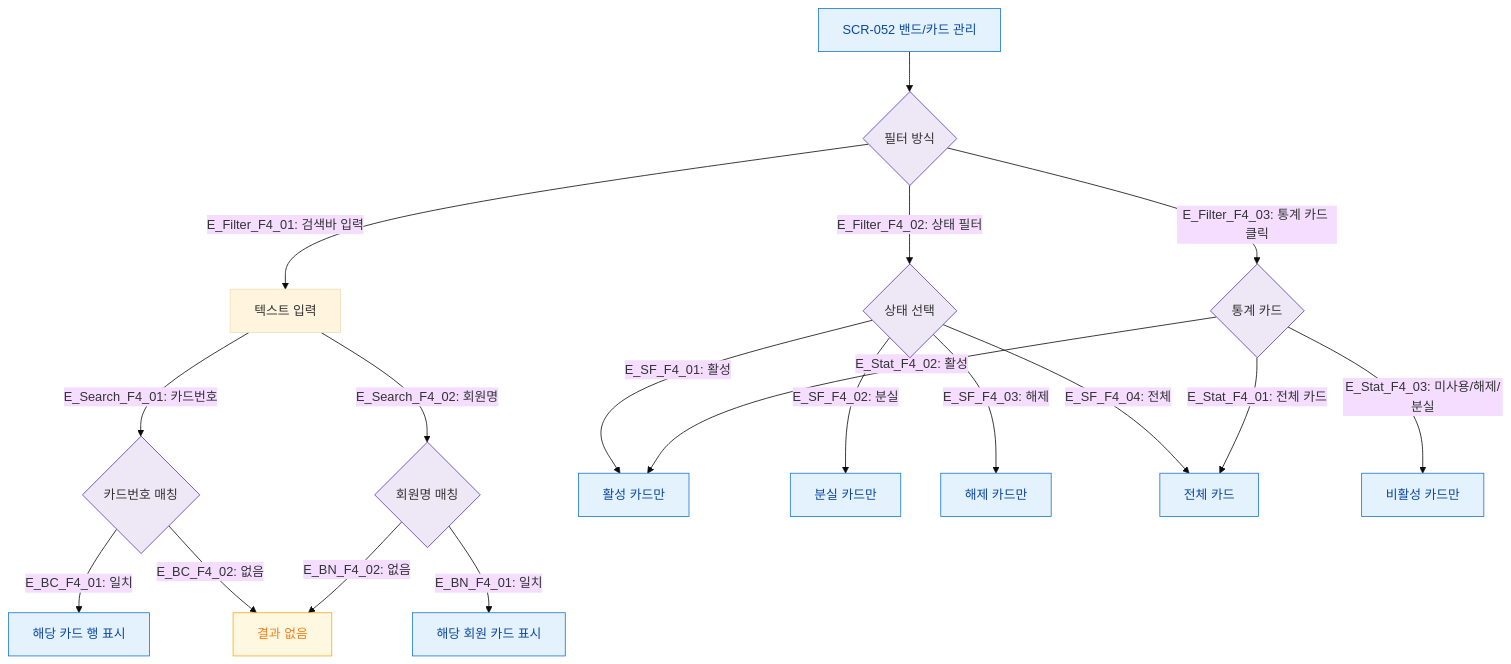
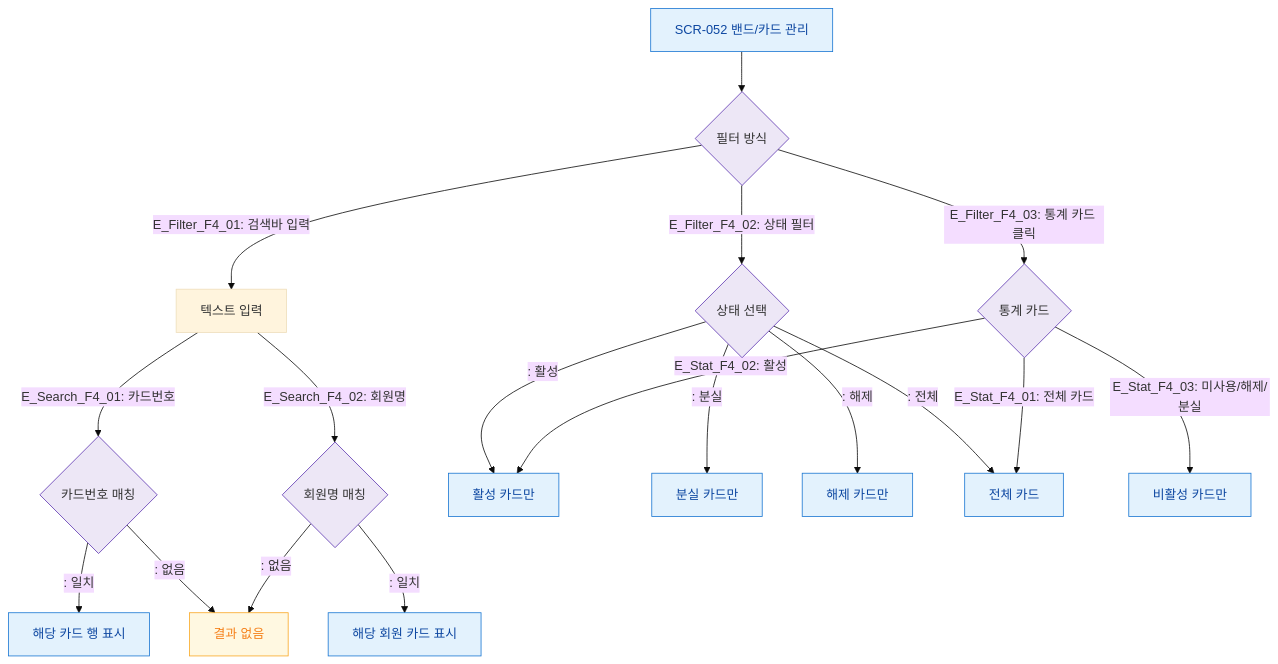
One commit to dev-spogym/admin-pando changed the diagram in docs/다이어그램/D06_시설관리/SCR-052_밴드카드관리/F4_필터검색.md. Above: the diagram before and after it, drawn with Mermaid (base theme). The commit also changed other lines of this file and 1660 other files, not shown here.

First line of the commit message:
다이어그램: 기획자/클라이언트 납품본으로 정리

````diff
--- a/docs/다이어그램/D06_시설관리/SCR-052_밴드카드관리/F4_필터검색.md
+++ b/docs/다이어그램/D06_시설관리/SCR-052_밴드카드관리/F4_필터검색.md
@@ -19,31 +17,31 @@
 ```mermaid
 flowchart TD
     SCR052[SCR-052 밴드/카드 관리] --> FilterEntry{필터 방식}
 
-    FilterEntry -->|"E_Filter_F4_01: 검색바 입력"| SearchInput[텍스트 입력]
-    SearchInput -->|"E_Search_F4_01: 카드번호"| ByCard{카드번호 매칭}
-    SearchInput -->|"E_Search_F4_02: 회원명"| ByName{회원명 매칭}
-    ByCard -->|"E_BC_F4_01: 일치"| ShowCard[해당 카드 행 표시]
-    ByCard -->|"E_BC_F4_02: 없음"| ShowEmpty[결과 없음]
-    ByName -->|"E_BN_F4_01: 일치"| ShowName[해당 회원 카드 표시]
-    ByName -->|"E_BN_F4_02: 없음"| ShowEmpty
+    FilterEntry -->|"E_Filter_F4_01: 검색바 입력"|SearchInput[텍스트 입력]
+    SearchInput -->|"E_Search_F4_01: 카드번호"|ByCard{카드번호 매칭}
+    SearchInput -->|"E_Search_F4_02: 회원명"|ByName{회원명 매칭}
+    ByCard -->|": 일치"|ShowCard[해당 카드 행 표시]
+    ByCard -->|": 없음"|ShowEmpty[결과 없음]
+    ByName -->|": 일치"|ShowName[해당 회원 카드 표시]
+    ByName -->|": 없음"|ShowEmpty
 
-    FilterEntry -->|"E_Filter_F4_02: 상태 필터"| StatusFilter{상태 선택}
-    StatusFilter -->|"E_SF_F4_01: 활성"| ShowActive[활성 카드만]
-    StatusFilter -->|"E_SF_F4_02: 분실"| ShowLost[분실 카드만]
-    StatusFilter -->|"E_SF_F4_03: 해제"| ShowRevoked[해제 카드만]
-    StatusFilter -->|"E_SF_F4_04: 전체"| ShowAll[전체 카드]
+    FilterEntry -->|"E_Filter_F4_02: 상태 필터"|StatusFilter{상태 선택}
+    StatusFilter -->|": 활성"|ShowActive[활성 카드만]
+    StatusFilter -->|": 분실"|ShowLost[분실 카드만]
+    StatusFilter -->|": 해제"|ShowRevoked[해제 카드만]
+    StatusFilter -->|": 전체"|ShowAll[전체 카드]
 
-    FilterEntry -->|"E_Filter_F4_03: 통계 카드 클릭"| StatFilter{통계 카드}
-    StatFilter -->|"E_Stat_F4_01: 전체 카드"| ShowAll
-    StatFilter -->|"E_Stat_F4_02: 활성"| ShowActive
-    StatFilter -->|"E_Stat_F4_03: 미사용/해제/분실"| ShowInactive[비활성 카드만]
+    FilterEntry -->|"E_Filter_F4_03: 통계 카드 클릭"|StatFilter{통계 카드}
+    StatFilter -->|"E_Stat_F4_01: 전체 카드"|ShowAll
+    StatFilter -->|"E_Stat_F4_02: 활성"|ShowActive
+    StatFilter -->|"E_Stat_F4_03: 미사용/해제/분실"|ShowInactive[비활성 카드만]
 
     classDef screen fill:#E3F2FD,stroke:#1976D2,color:#0D47A1
     classDef system fill:#EDE7F6,stroke:#5E35B2
     classDef warning fill:#FFF8E1,stroke:#F9A825,color:#F57F17
 
     class SCR052,ShowCard,ShowName,ShowActive,ShowLost,ShowRevoked,ShowAll,ShowInactive screen
     class FilterEntry,ByCard,ByName,StatusFilter,StatFilter system
     class ShowEmpty warning
 ```
````
